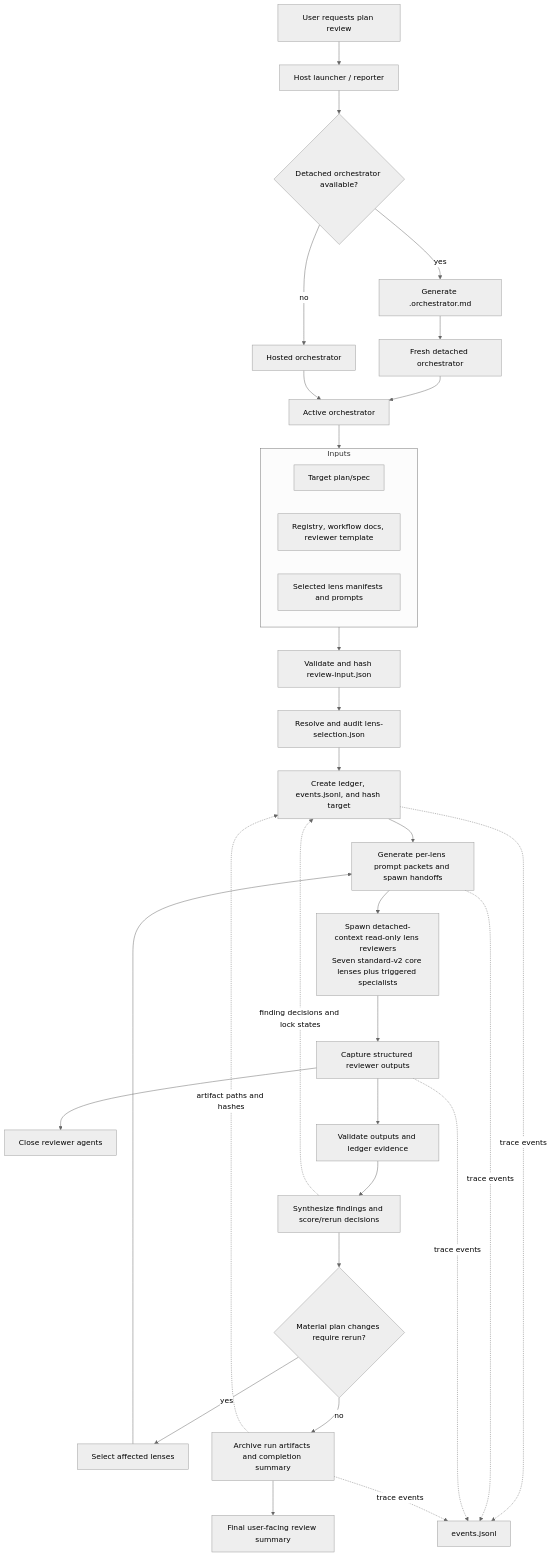
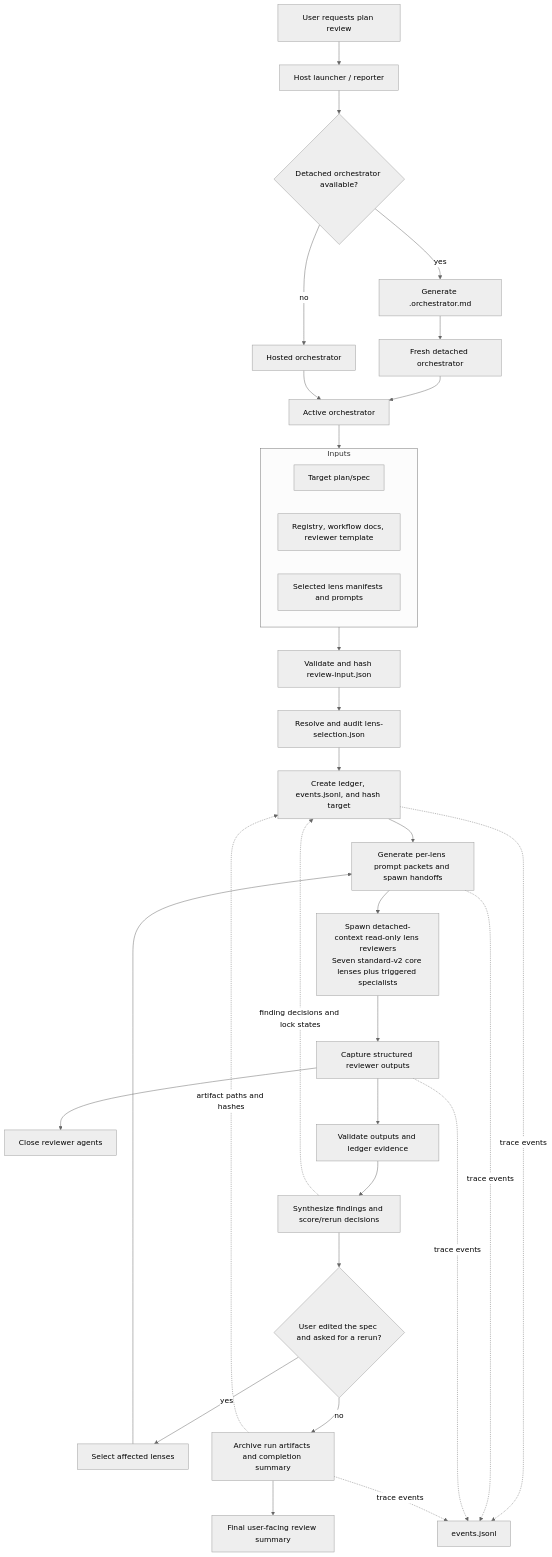
Before and after one commit to 540lyle/lens-temper: the diagram in docs/agent-flow.md, drawn with Mermaid (neutral theme). The commit also changed other lines of this file and 48 other files, not shown here.

````diff
--- a/docs/agent-flow.md
+++ b/docs/agent-flow.md
@@ -10,44 +10,44 @@
 ```mermaid
 flowchart TD
   User["User requests plan review"] --> Launcher["Host launcher / reporter"]
   Launcher --> Mode{"Detached orchestrator available?"}
   Mode -- yes --> Packet["Generate <pass-id>.orchestrator.md"]
   Packet --> Detached["Fresh detached orchestrator"]
   Mode -- no --> Hosted["Hosted orchestrator"]
   Detached --> Orchestrator["Active orchestrator"]
   Hosted --> Orchestrator
 
   subgraph Inputs["Inputs"]
     Target["Target plan/spec"]
     Registry["Registry, workflow docs, reviewer template"]
     Lenses["Selected lens manifests and prompts"]
   end
 
   Orchestrator --> Inputs
   Inputs --> Contract["Validate and hash review-input.json"]
   Contract --> Select["Resolve and audit lens-selection.json"]
   Select --> Prep["Create ledger, events.jsonl, and hash target"]
   Prep --> Generate["Generate per-lens prompt packets and spawn handoffs"]
 
   Generate --> Wave["Spawn detached-context read-only lens reviewers<br/>Seven standard-v2 core lenses plus triggered specialists"]
 
   Wave --> Outputs["Capture structured reviewer outputs"]
   Outputs --> Close["Close reviewer agents"]
   Outputs --> Validate["Validate outputs and ledger evidence"]
 
   Validate --> Synthesis["Synthesize findings and score/rerun decisions"]
-  Synthesis --> Rerun{"Material plan changes require rerun?"}
+  Synthesis --> Rerun{"User edited the spec and asked for a rerun?"}
 
   Rerun -- yes --> Affected["Select affected lenses"]
   Affected --> Generate
 
   Rerun -- no --> Archive["Archive run artifacts and completion summary"]
   Archive --> Final["Final user-facing review summary"]
 
   Synthesis -. "finding decisions and lock states" .-> Prep
   Archive -. "artifact paths and hashes" .-> Prep
   Prep -. "trace events" .-> Trace["events.jsonl"]
   Generate -. "trace events" .-> Trace
   Outputs -. "trace events" .-> Trace
   Archive -. "trace events" .-> Trace
 ```
````
